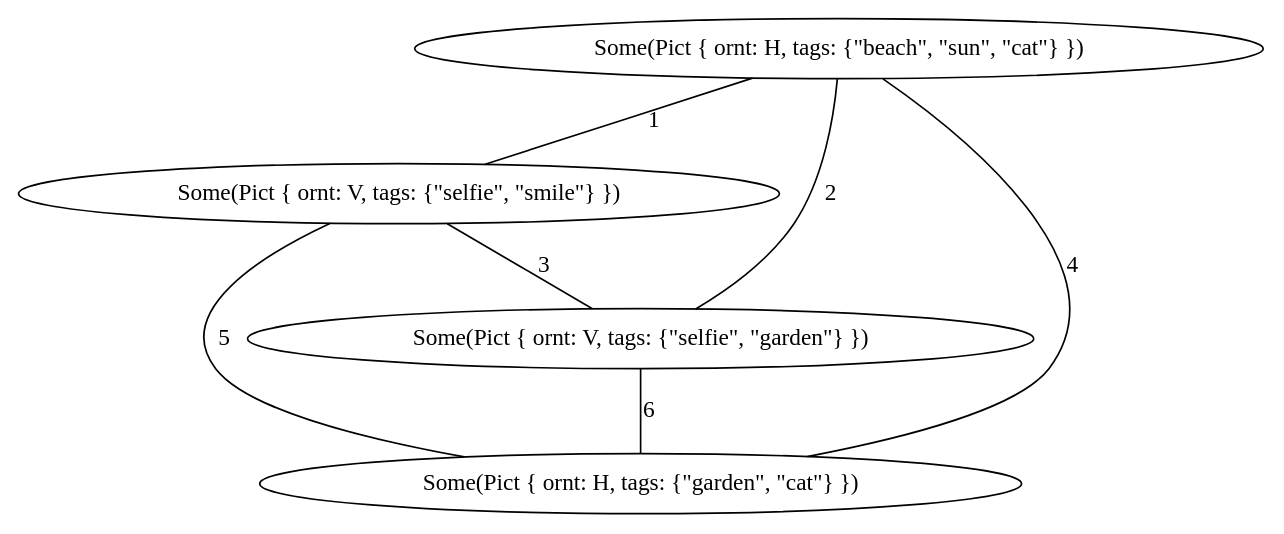
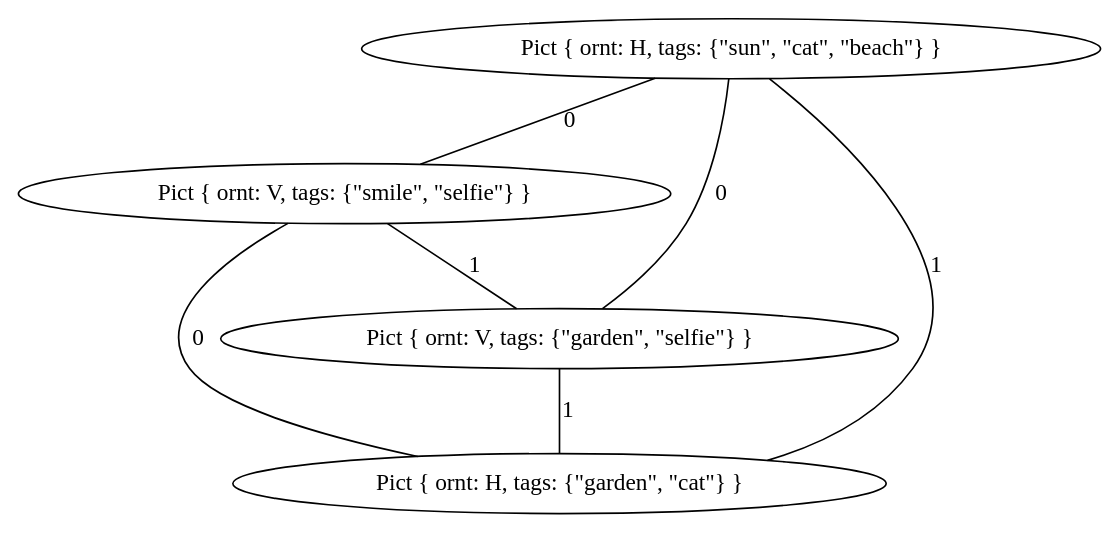
One commit to Bietola/problems changed the diagram in hashcode/entry2019/res/output.dot. Above: the diagram before and after it, drawn with Graphviz. The commit also changed 2 other files, not shown here.

```diff
--- a/hashcode/entry2019/res/output.dot
+++ b/hashcode/entry2019/res/output.dot
@@ -1,12 +1,12 @@
 graph {
-    0 [label="Some(Pict { ornt: H, tags: {\"beach\", \"sun\", \"cat\"} })"]
-    1 [label="Some(Pict { ornt: V, tags: {\"selfie\", \"smile\"} })"]
-    2 [label="Some(Pict { ornt: V, tags: {\"selfie\", \"garden\"} })"]
-    3 [label="Some(Pict { ornt: H, tags: {\"garden\", \"cat\"} })"]
-    0 -- 1 [label="1"]
-    0 -- 2 [label="2"]
-    1 -- 2 [label="3"]
-    0 -- 3 [label="4"]
-    1 -- 3 [label="5"]
-    2 -- 3 [label="6"]
+    0 [label="Pict { ornt: H, tags: {\"sun\", \"cat\", \"beach\"} }"]
+    1 [label="Pict { ornt: V, tags: {\"smile\", \"selfie\"} }"]
+    2 [label="Pict { ornt: V, tags: {\"garden\", \"selfie\"} }"]
+    3 [label="Pict { ornt: H, tags: {\"garden\", \"cat\"} }"]
+    0 -- 1 [label="0"]
+    0 -- 2 [label="0"]
+    1 -- 2 [label="1"]
+    0 -- 3 [label="1"]
+    1 -- 3 [label="0"]
+    2 -- 3 [label="1"]
 }
```
